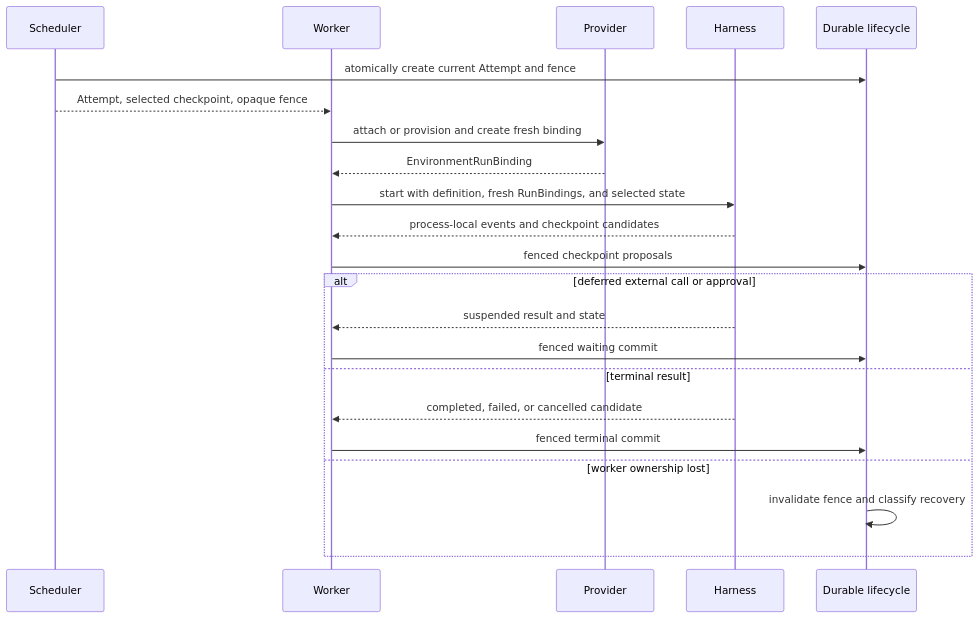
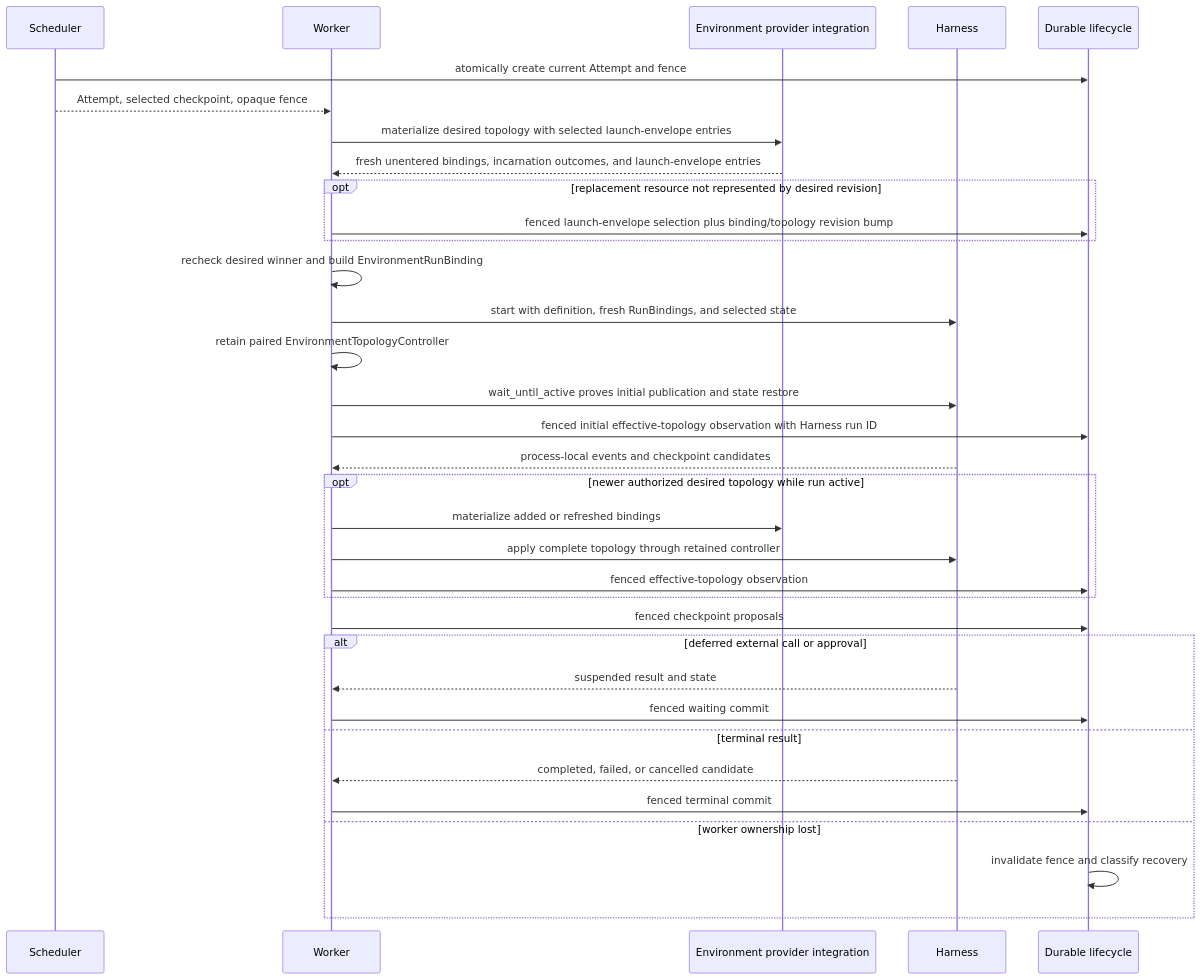
Before and after one commit to LTThreeComma/agent-foundation: the third of 3 diagrams in spec/foundation-service/03-execution-lifecycle.md, drawn with Mermaid. The commit also changed other lines of this file and 25 other files, not shown here.

Commit message:
docs(harness): finalize environment and compact refs

````diff
--- a/spec/foundation-service/03-execution-lifecycle.md
+++ b/spec/foundation-service/03-execution-lifecycle.md
@@ -248,25 +257,37 @@
 ```mermaid
 sequenceDiagram
     participant Scheduler
     participant Worker
-    participant Provider
+    participant Provider as Environment provider integration
     participant Harness
     participant Store as Durable lifecycle
 
     Scheduler->>Store: atomically create current Attempt and fence
     Scheduler-->>Worker: Attempt, selected checkpoint, opaque fence
-    Worker->>Provider: attach or provision and create fresh binding
-    Provider-->>Worker: EnvironmentRunBinding
+    Worker->>Provider: materialize desired topology with selected launch-envelope entries
+    Provider-->>Worker: fresh unentered bindings, incarnation outcomes, and launch-envelope entries
+    opt replacement resource not represented by desired revision
+        Worker->>Store: fenced launch-envelope selection plus binding/topology revision bump
+    end
+    Worker->>Worker: recheck desired winner and build EnvironmentRunBinding
     Worker->>Harness: start with definition, fresh RunBindings, and selected state
+    Worker->>Worker: retain paired EnvironmentTopologyController
+    Worker->>Harness: wait_until_active proves initial publication and state restore
+    Worker->>Store: fenced initial effective-topology observation with Harness run ID
     Harness-->>Worker: process-local events and checkpoint candidates
+    opt newer authorized desired topology while run active
+        Worker->>Provider: materialize added or refreshed bindings
+        Worker->>Harness: apply complete topology through retained controller
+        Worker->>Store: fenced effective-topology observation
+    end
     Worker->>Store: fenced checkpoint proposals
     alt deferred external call or approval
         Harness-->>Worker: suspended result and state
         Worker->>Store: fenced waiting commit
     else terminal result
         Harness-->>Worker: completed, failed, or cancelled candidate
         Worker->>Store: fenced terminal commit
     else worker ownership lost
         Store->>Store: invalidate fence and classify recovery
     end
 ```
````
